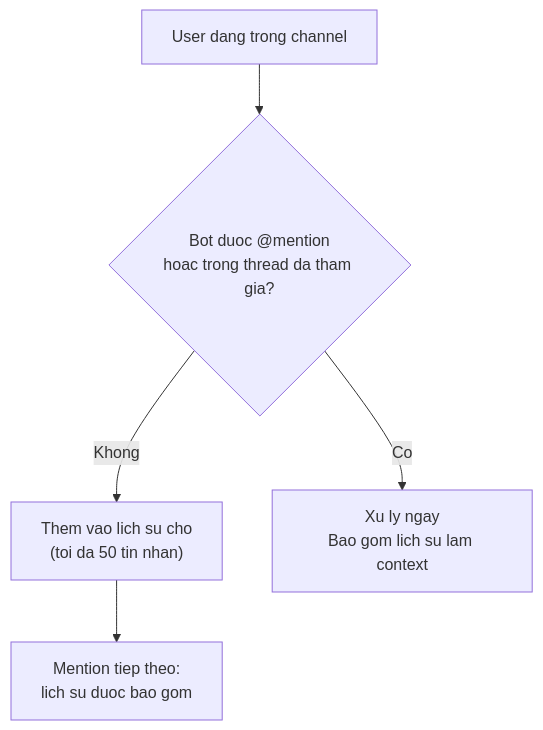
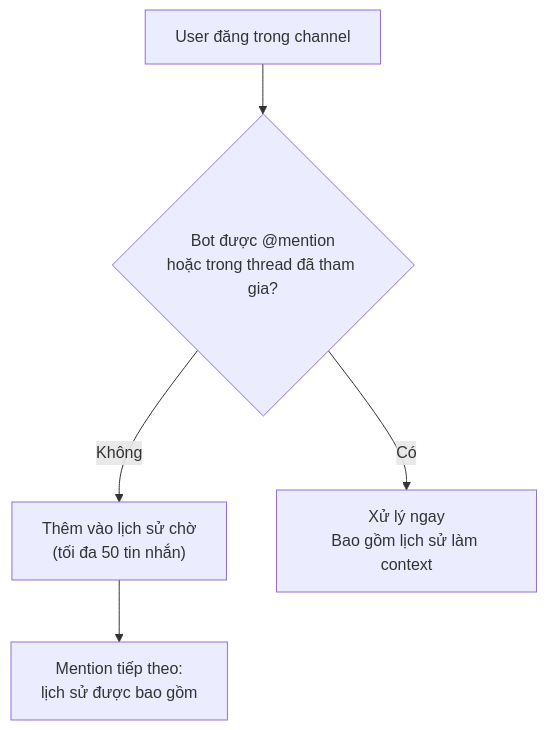
One commit to nextlevelbuilder/goclaw-docs changed the diagram in vi/channels/slack.md. Above: the diagram before and after it, drawn with Mermaid. The commit also changed other lines of this file, not shown here.

````diff
--- a/vi/channels/slack.md
+++ b/vi/channels/slack.md
@@ -135,7 +135,7 @@
 ```mermaid
 flowchart TD
-    MSG["User dang trong channel"] --> MENTION{"Bot duoc @mention<br/>hoac trong thread da tham gia?"}
-    MENTION -->|Khong| BUFFER["Them vao lich su cho<br/>(toi da 50 tin nhan)"]
-    MENTION -->|Co| PROCESS["Xu ly ngay<br/>Bao gom lich su lam context"]
-    BUFFER --> NEXT["Mention tiep theo:<br/>lich su duoc bao gom"]
+    MSG["User đăng trong channel"] --> MENTION{"Bot được @mention<br/>hoặc trong thread đã tham gia?"}
+    MENTION -->|Không| BUFFER["Thêm vào lịch sử chờ<br/>(tối đa 50 tin nhắn)"]
+    MENTION -->|Có| PROCESS["Xử lý ngay<br/>Bao gồm lịch sử làm context"]
+    BUFFER --> NEXT["Mention tiếp theo:<br/>lịch sử được bao gồm"]
 ```
````
